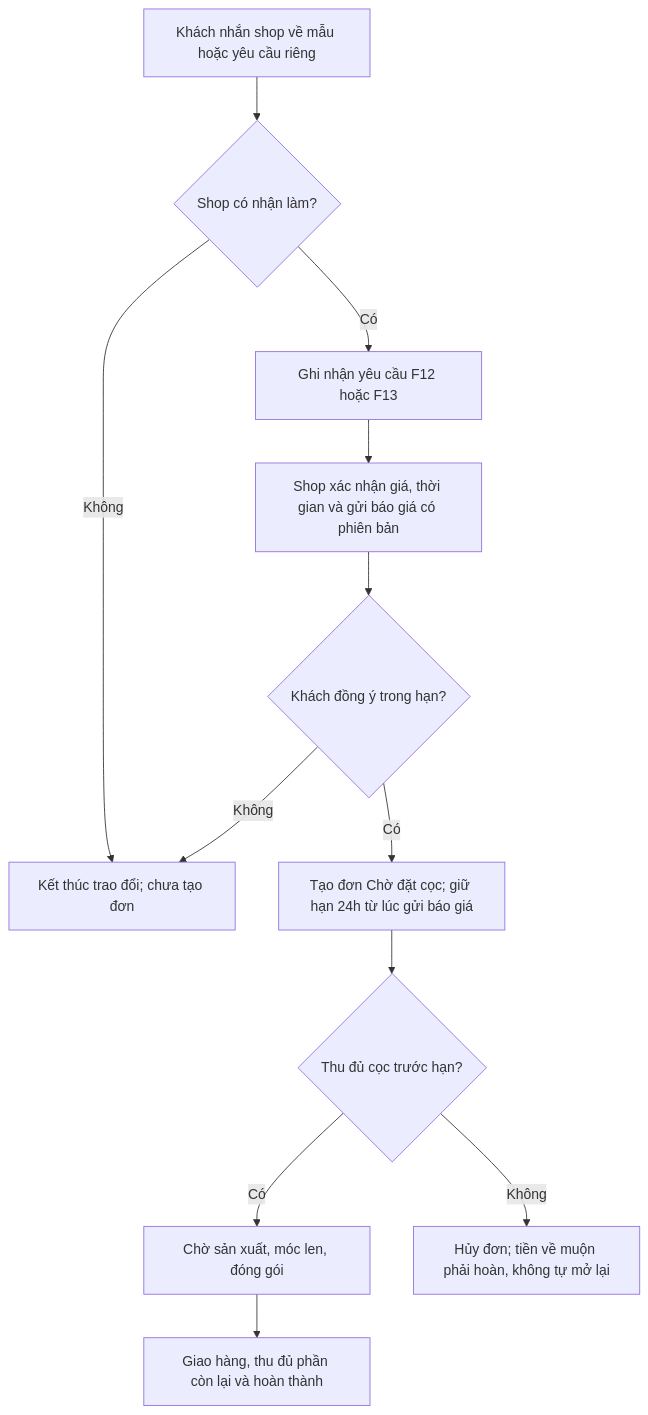
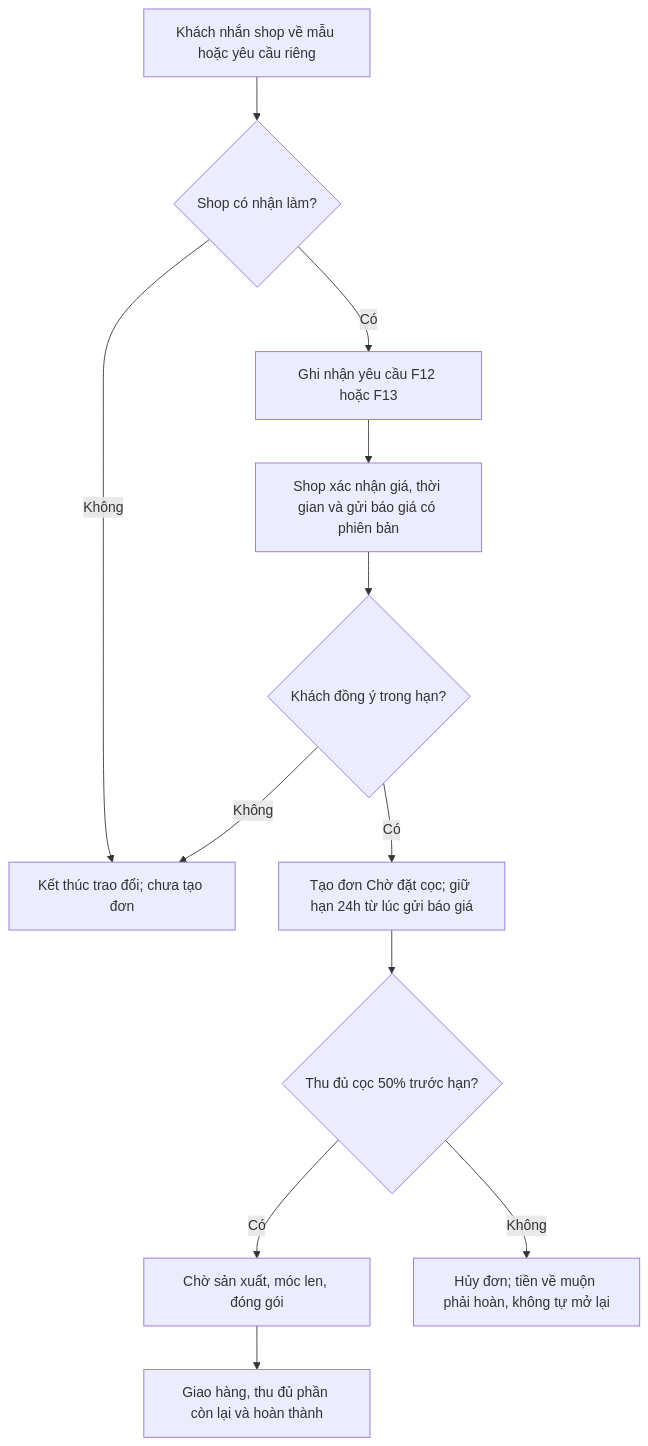
Before and after one commit to ptudtmdt-st5-nhom7/crochet-handmade-ecommerce: the second of 2 diagrams in docs/quy-tac-nghiep-vu-da02.md, drawn with Mermaid. The commit also changed other lines of this file and 3 other files, not shown here.

````diff
--- a/docs/quy-tac-nghiep-vu-da02.md
+++ b/docs/quy-tac-nghiep-vu-da02.md
@@ -166,14 +166,14 @@
 ```mermaid
 flowchart TD
  A["Khách nhắn shop về mẫu hoặc yêu cầu riêng"] --> B{"Shop có nhận làm?"}
  B -- Không --> X["Kết thúc trao đổi; chưa tạo đơn"]
  B -- Có --> C["Ghi nhận yêu cầu F12 hoặc F13"]
  C --> D["Shop xác nhận giá, thời gian và gửi báo giá có phiên bản"]
  D --> E{"Khách đồng ý trong hạn?"}
  E -- Không --> X
  E -- Có --> F["Tạo đơn Chờ đặt cọc; giữ hạn 24h từ lúc gửi báo giá"]
- F --> G{"Thu đủ cọc trước hạn?"}
+ F --> G{"Thu đủ cọc 50% trước hạn?"}
  G -- Có --> H["Chờ sản xuất, móc len, đóng gói"]
  G -- Không --> Y["Hủy đơn; tiền về muộn phải hoàn, không tự mở lại"]
  H --> I["Giao hàng, thu đủ phần còn lại và hoàn thành"]
 ```
````
